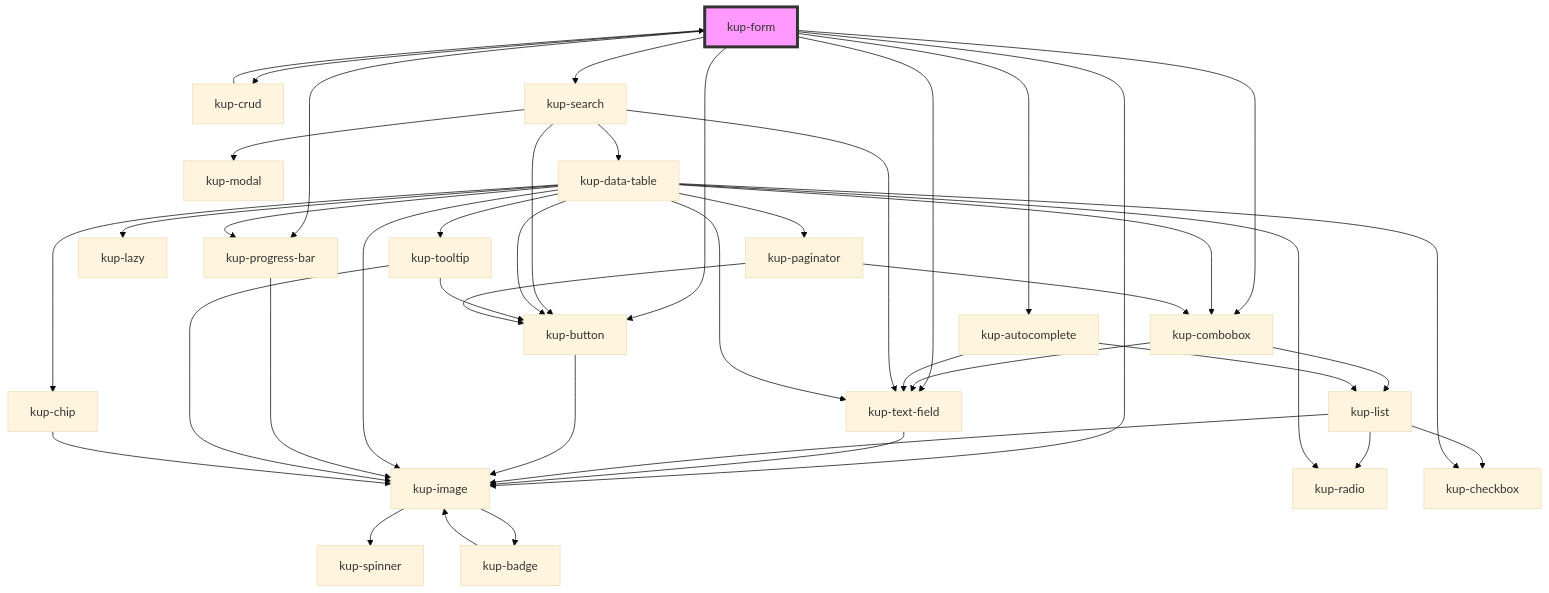
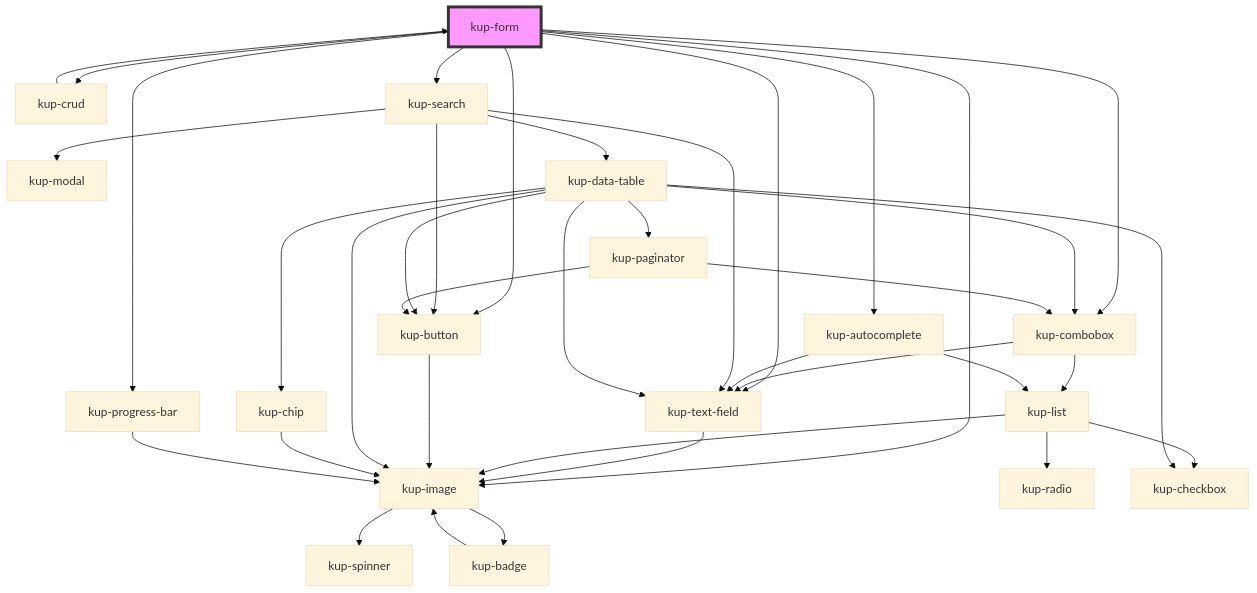
The diagram in packages/ketchup/src/components/kup-form/readme.md (smeup/ketchup), drawn with Mermaid (base theme) before and after one commit. The commit also changed 9 other files, not shown here.

````diff
--- a/packages/ketchup/src/components/kup-form/readme.md
+++ b/packages/ketchup/src/components/kup-form/readme.md
@@ -131,46 +131,40 @@
 ```mermaid
 graph TD;
   kup-form --> kup-combobox
   kup-form --> kup-crud
   kup-form --> kup-autocomplete
   kup-form --> kup-search
   kup-form --> kup-image
   kup-form --> kup-progress-bar
   kup-form --> kup-text-field
   kup-form --> kup-button
   kup-combobox --> kup-text-field
   kup-combobox --> kup-list
   kup-text-field --> kup-image
   kup-image --> kup-spinner
   kup-image --> kup-badge
   kup-badge --> kup-image
   kup-list --> kup-image
   kup-list --> kup-radio
   kup-list --> kup-checkbox
   kup-crud --> kup-form
   kup-button --> kup-image
   kup-autocomplete --> kup-text-field
   kup-autocomplete --> kup-list
   kup-search --> kup-text-field
   kup-search --> kup-button
   kup-search --> kup-modal
   kup-search --> kup-data-table
   kup-data-table --> kup-checkbox
   kup-data-table --> kup-button
   kup-data-table --> kup-image
   kup-data-table --> kup-text-field
-  kup-data-table --> kup-lazy
-  kup-data-table --> kup-progress-bar
-  kup-data-table --> kup-radio
-  kup-data-table --> kup-tooltip
   kup-data-table --> kup-paginator
   kup-data-table --> kup-combobox
   kup-data-table --> kup-chip
-  kup-progress-bar --> kup-image
-  kup-tooltip --> kup-button
-  kup-tooltip --> kup-image
   kup-paginator --> kup-button
   kup-paginator --> kup-combobox
   kup-chip --> kup-image
+  kup-progress-bar --> kup-image
   style kup-form fill:#f9f,stroke:#333,stroke-width:4px
 ```
````
